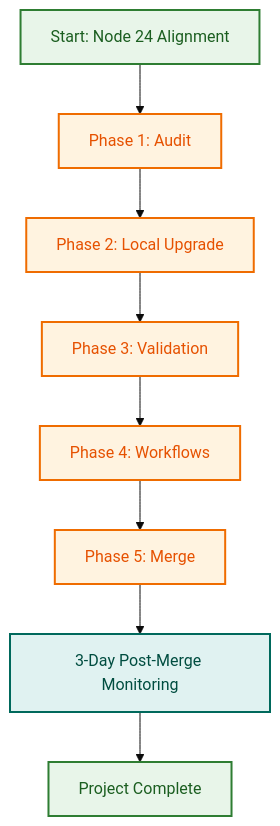
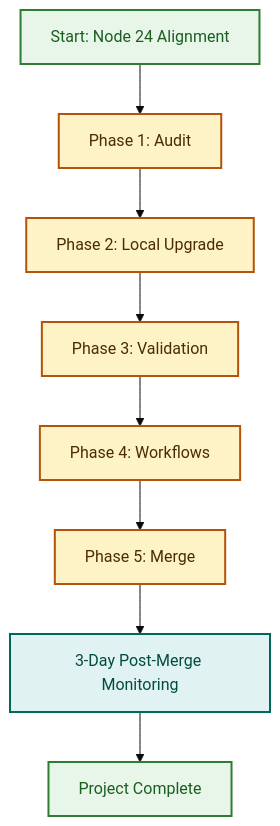
The diagram in .github/projects/active/nodejs-upgrade-2026-q4/README.md (lightspeedwp/.github), drawn with Mermaid before and after one commit. The commit also changed 181 other files, not shown here.

Commit message:
docs: maintenance updates (Mermaid + staleness)

````diff
--- a/.github/projects/active/nodejs-upgrade-2026-q4/README.md
+++ b/.github/projects/active/nodejs-upgrade-2026-q4/README.md
@@ -315,28 +315,28 @@
 ```mermaid
 ---
 config:
   flowchart:
     htmlLabels: true
   theme: base
 accTitle: Node.js 24 Upgrade Workflow
 accDescr: Five-phase execution flow from start through audit, upgrade, validation, workflow standardization, merge, and post-merge monitoring to completion.
 ---
 flowchart TD
   A["Start: Node 24 Alignment"] --> B["Phase 1: Audit"]
   B --> C["Phase 2: Local Upgrade"]
   C --> D["Phase 3: Validation"]
   D --> E["Phase 4: Workflows"]
   E --> F["Phase 5: Merge"]
   F --> G["3-Day Post-Merge Monitoring"]
   G --> H["Project Complete"]
 
   classDef start fill:#E8F5E9,stroke:#2E7D32,stroke-width:2px,color:#1B5E20;
-  classDef phase fill:#FFF3E0,stroke:#EF6C00,stroke-width:2px,color:#E65100;
+  classDef phase fill:#fef3c7,stroke:#b45309,stroke-width:2px,color:#4a2c00;
   classDef monitoring fill:#E0F2F1,stroke:#00695C,stroke-width:2px,color:#004D40;
   classDef done fill:#E8F5E9,stroke:#2E7D32,stroke-width:2px,color:#1B5E20;
 
   class A start;
   class B,C,D,E,F phase;
   class G monitoring;
   class H done;
 ```
````
